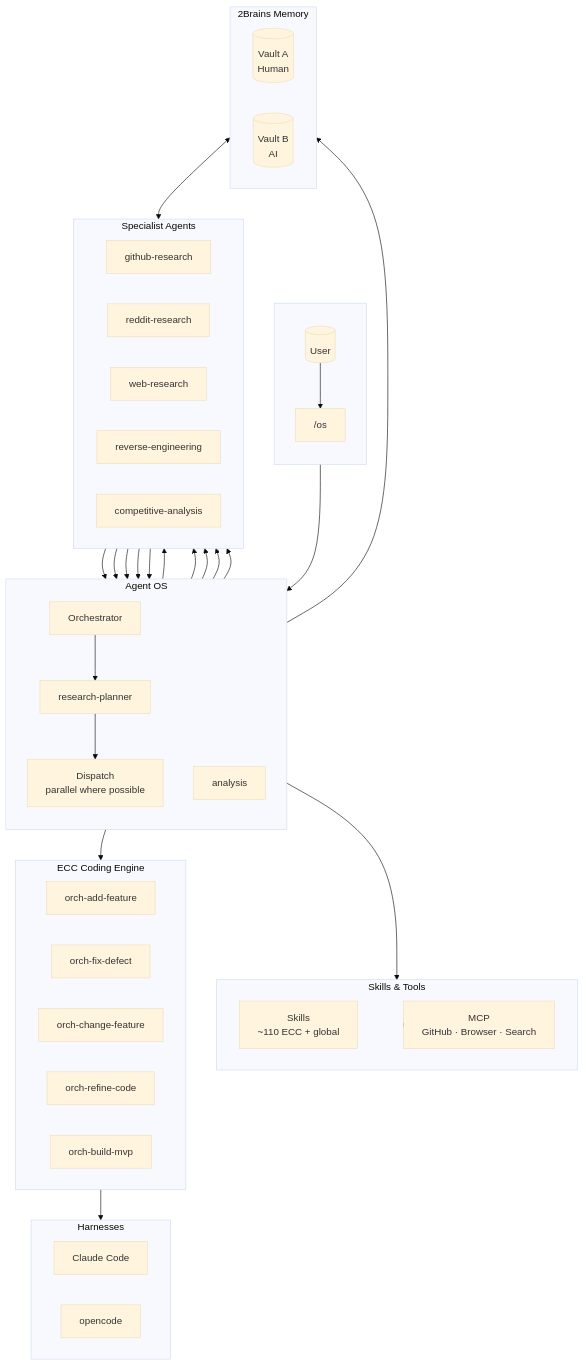
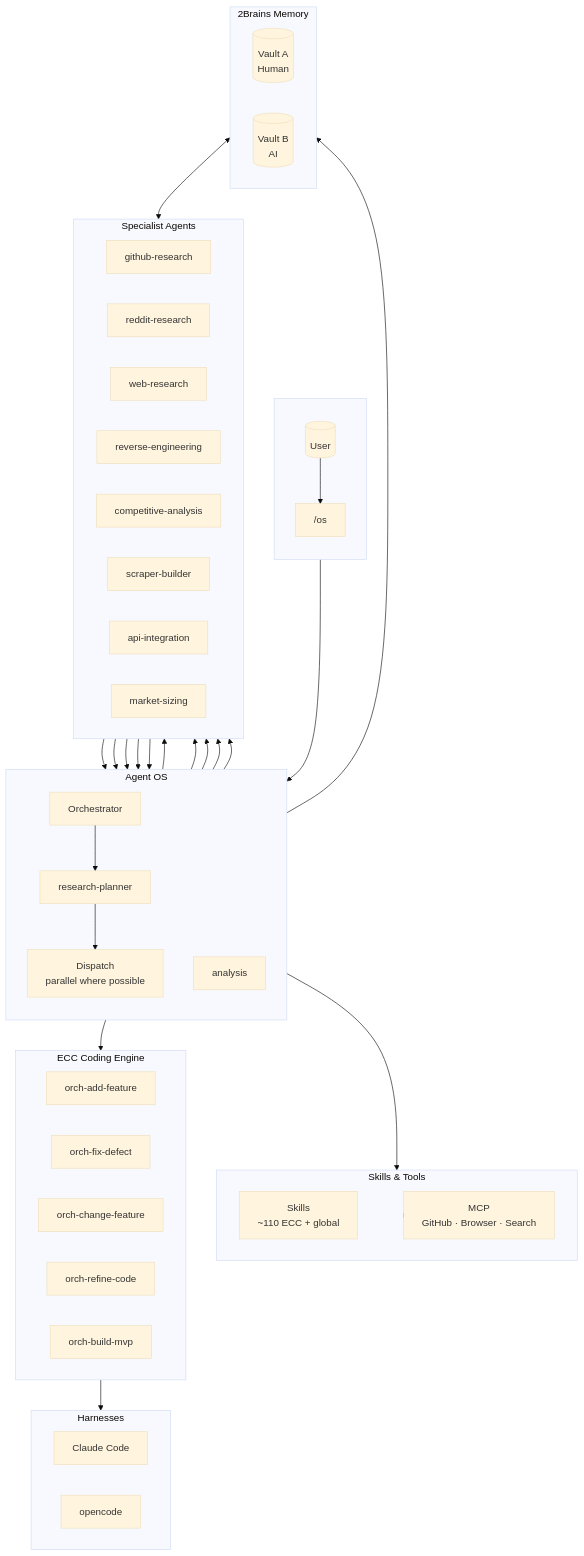
One commit to NasrullaAmeen/AgentOS changed the first of 2 diagrams in README.md. Above: the diagram before and after it, drawn with Mermaid (base theme). The commit also changed 6 other files, not shown here.

First line of the commit message:
feat: add 3 specialist agents (scraper-builder, api-integration, market-sizing)

````diff
--- a/README.md
+++ b/README.md
@@ -10,63 +10,66 @@
 ```mermaid
 flowchart TB
     subgraph User[" "]
         direction TB
         U[("User")] --> CMD["/os <task>"]
     end
 
     subgraph AgentOS["Agent OS"]
         direction TB
         ORCH[Orchestrator]
         PLAN[research-planner]
         DISPATCH[Dispatch<br/>parallel where possible]
         ANAL[analysis]
     end
 
     subgraph Agents["Specialist Agents"]
         direction LR
         GH[github-research]
         RD[reddit-research]
         WEB[web-research]
         RE[reverse-engineering]
         CA[competitive-analysis]
+        SB[scraper-builder]
+        AI[api-integration]
+        MS[market-sizing]
     end
 
     subgraph Memory["2Brains Memory"]
         direction LR
         A[("Vault A<br/>Human")]
         B[("Vault B<br/>AI")]
     end
 
     subgraph Skills["Skills & Tools"]
         direction LR
         SK[Skills<br/>~110 ECC + global]
         MCP[MCP<br/>GitHub · Browser · Search]
     end
 
     subgraph ECC_Layer["ECC Coding Engine"]
         direction LR
         ORCH_ADD[orch-add-feature]
         ORCH_FIX[orch-fix-defect]
         ORCH_CHANGE[orch-change-feature]
         ORCH_REFINE[orch-refine-code]
         ORCH_BUILD[orch-build-mvp]
     end
 
     subgraph Harnesses["Harnesses"]
         direction LR
         CC[Claude Code]
         OC[opencode]
     end
 
     CMD --> ORCH
     ORCH --> PLAN
     PLAN --> DISPATCH
     DISPATCH --> GH & RD & WEB & RE & CA
     GH & RD & WEB & RE & CA --> ANAL
     ANAL --> Memory
     ANAL --> ECC_Layer
     ORCH --> Skills
     Skills --> MCP
     ECC_Layer --> Harnesses
     Memory <--> Agents
 ```
````
